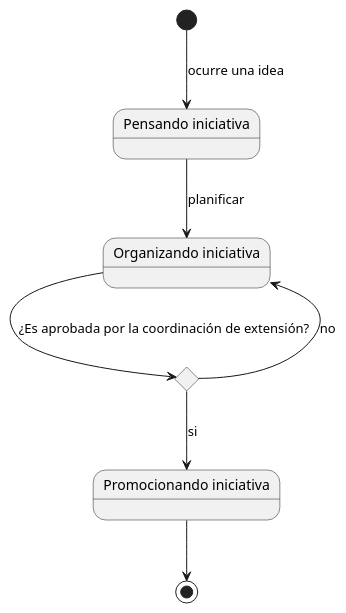
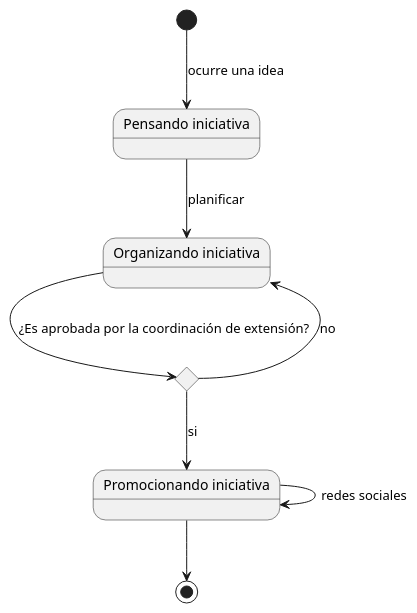
Before and after one commit to Dayannis-07/ING_SOFT: the diagram in docs/scenariosView/domainModel/estateDiagram.puml, drawn with PlantUML. The commit also changed 1 other file, not shown here.

Commit message:
correción diagrama de estado

```diff
--- a/docs/scenariosView/domainModel/estateDiagram.puml
+++ b/docs/scenariosView/domainModel/estateDiagram.puml
@@ -1,13 +1,17 @@
 @startuml Diagrama de casos de uso del modelo de dominio
 state "Pensando iniciativa" as thinkingInit
 state "Organizando iniciativa" as organizing
 state "Promocionando iniciativa" as promote
 state c <<choice>>
 
 [*]-->thinkingInit:ocurre una idea
 thinkingInit-->organizing :planificar
 organizing-->c :¿Es aprobada por la coordinación de extensión?
 c-->organizing :no
 c-->promote :si
+promote-->promote :redes sociales
+
+
+
 promote-->[*]
 @enduml
```
